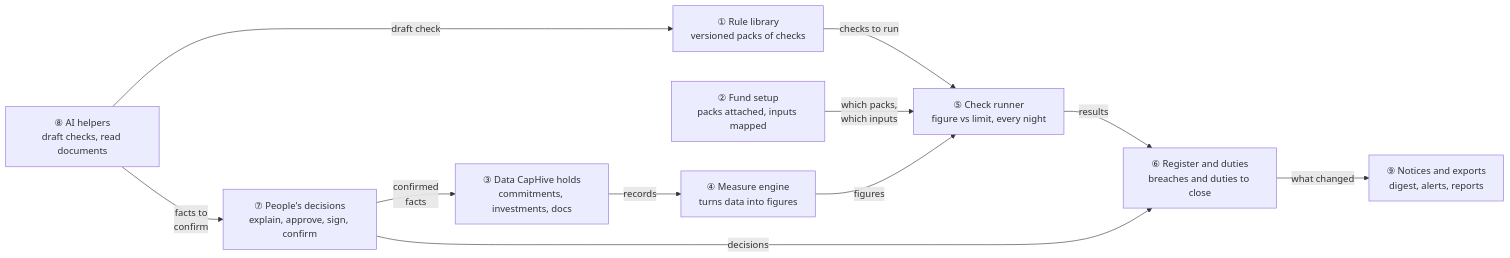
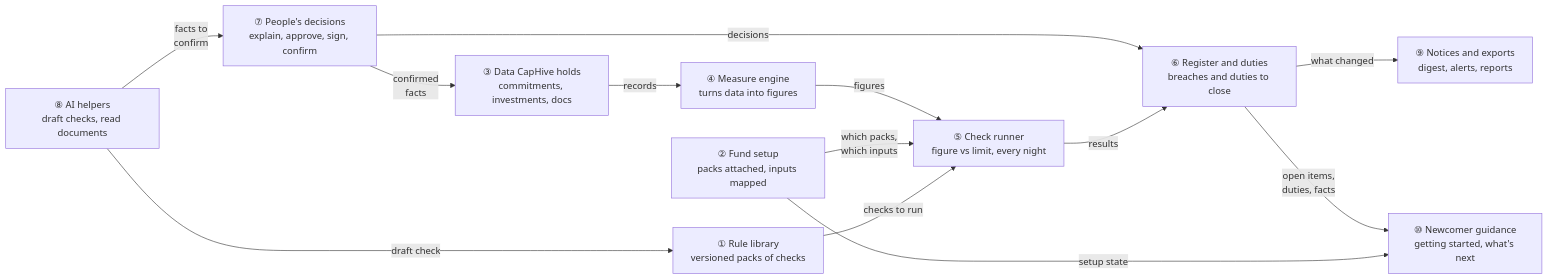
One commit to sampadadiwan/IRM_CompanyMain changed the first of 26 diagrams in openspec/changes/fund-compliance-monitoring/design.md. Above: the diagram before and after it, drawn with Mermaid. The commit also changed other lines of this file and 7 other files, not shown here.

First line of the commit message:
OpenSpec fund-compliance-monitoring: Phase 5 — newcomer guidance

````diff
--- a/openspec/changes/fund-compliance-monitoring/design.md
+++ b/openspec/changes/fund-compliance-monitoring/design.md
@@ -65,22 +66,25 @@
 ```mermaid
 flowchart LR
     L["① Rule library<br/>versioned packs of checks"]
     S["② Fund setup<br/>packs attached, inputs mapped"]
     D["③ Data CapHive holds<br/>commitments, investments, docs"]
     M["④ Measure engine<br/>turns data into figures"]
     R["⑤ Check runner<br/>figure vs limit, every night"]
     G["⑥ Register and duties<br/>breaches and duties to close"]
     P["⑦ People's decisions<br/>explain, approve, sign, confirm"]
     A["⑧ AI helpers<br/>draft checks, read documents"]
     N["⑨ Notices and exports<br/>digest, alerts, reports"]
+    X["⑩ Newcomer guidance<br/>getting started, what's next"]
     L -- "checks to run" --> R
     S -- "which packs,<br/>which inputs" --> R
     D -- "records" --> M
     M -- "figures" --> R
     R -- "results" --> G
     P -- "decisions" --> G
     A -- "draft check" --> L
     A -- "facts to<br/>confirm" --> P
     P -- "confirmed<br/>facts" --> D
     G -- "what changed" --> N
+    S -- "setup state" --> X
+    G -- "open items,<br/>duties, facts" --> X
 ```
````
